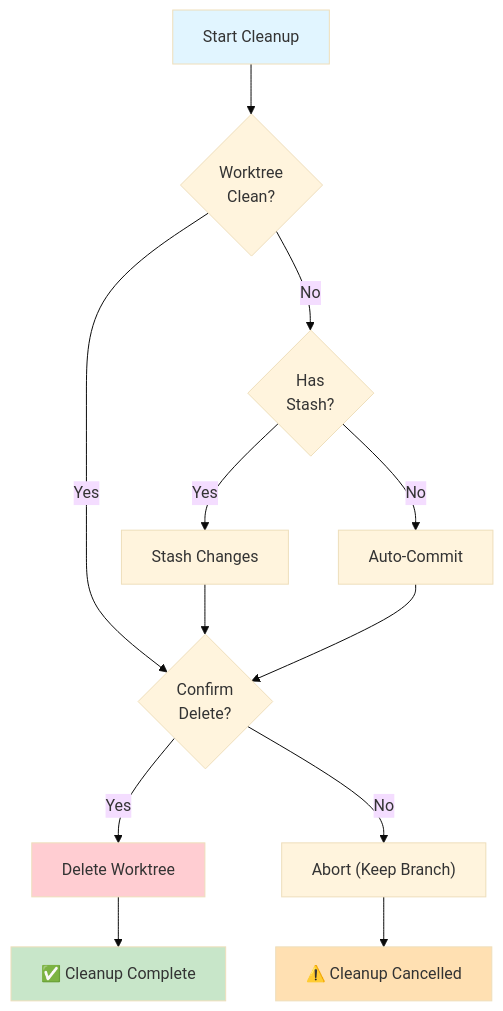
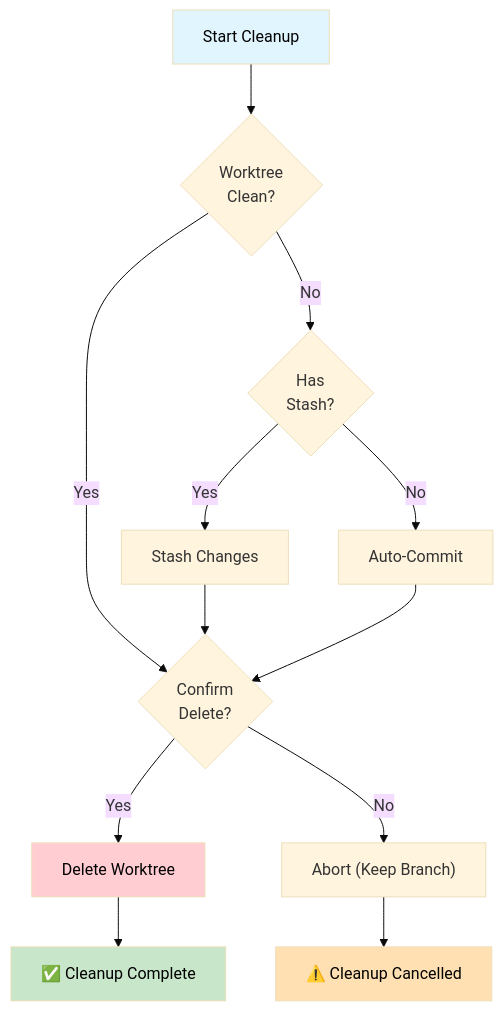
One commit to lightspeedwp/.github changed the fourth of 6 diagrams in agents/chat-closure-agent/docs/ARCHITECTURE.md. Above: the diagram before and after it, drawn with Mermaid (base theme). The commit also changed other lines of this file, not shown here.

First line of the commit message:
fix: Mermaid diagram color contrast for WCAG 2.2 AA compliance

````diff
--- a/agents/chat-closure-agent/docs/ARCHITECTURE.md
+++ b/agents/chat-closure-agent/docs/ARCHITECTURE.md
@@ -216,24 +216,24 @@
 ```mermaid
 graph TD
     Start["Start Cleanup"] --> CheckState{"Worktree<br/>Clean?"}
     
     CheckState -->|Yes| ConfirmDel{"Confirm<br/>Delete?"}
     CheckState -->|No| HasStash{"Has<br/>Stash?"}
     
     HasStash -->|Yes| StashIt["Stash Changes"]
     HasStash -->|No| AutoCommit["Auto-Commit"]
     
     StashIt --> ConfirmDel
     AutoCommit --> ConfirmDel
     
     ConfirmDel -->|Yes| Delete["Delete Worktree"]
     ConfirmDel -->|No| Abort["Abort (Keep Branch)"]
     
     Delete --> Success["✅ Cleanup Complete"]
     Abort --> Kept["⚠️ Cleanup Cancelled"]
     
-    style Start fill:#e1f5ff
-    style Success fill:#c8e6c9
-    style Kept fill:#ffe0b2
-    style Delete fill:#ffcdd2
+    style Start fill:#e1f5ff,color:#000
+    style Success fill:#c8e6c9,color:#000
+    style Kept fill:#ffe0b2,color:#000
+    style Delete fill:#ffcdd2,color:#000
 ```
````
